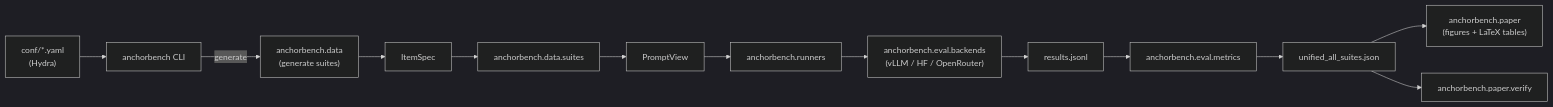
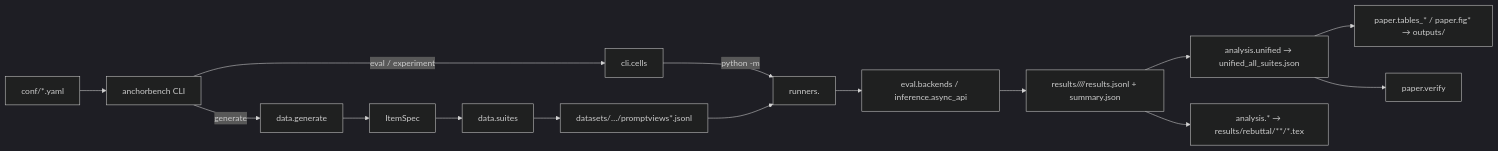
Before and after one commit to Ydrg9989/AnchorBench: the diagram in docs/ARCHITECTURE.md, drawn with Mermaid (dark theme). The commit also changed other lines of this file and 12 other files, not shown here.

````diff
--- a/docs/ARCHITECTURE.md
+++ b/docs/ARCHITECTURE.md
@@ -97,15 +116,14 @@
 ```mermaid
 flowchart LR
-    conf["conf/*.yaml<br/>(Hydra)"] --> CLI["anchorbench CLI"]
-    CLI -->|generate| Data["anchorbench.data<br/>(generate suites)"]
-    Data --> ItemSpec
-    ItemSpec --> Renderer["anchorbench.data.suites"]
-    Renderer --> PromptView
-    PromptView --> Runner["anchorbench.runners"]
-    Runner --> Backend["anchorbench.eval.backends<br/>(vLLM / HF / OpenRouter)"]
-    Backend --> Records["results.jsonl"]
-    Records --> Metrics["anchorbench.eval.metrics"]
-    Metrics --> Unified["unified_all_suites.json"]
-    Unified --> Paper["anchorbench.paper<br/>(figures + LaTeX tables)"]
-    Unified --> Verify["anchorbench.paper.verify"]
+    conf["conf/*.yaml"] --> CLI["anchorbench CLI"]
+    CLI -->|generate| Gen["data.generate"]
+    Gen --> ItemSpec --> Renderer["data.suites"] --> PromptView["datasets/…/promptviews*.jsonl"]
+    CLI -->|eval / experiment| Cells["cli.cells"] -->|python -m| Runner["runners.<suite>"]
+    PromptView --> Runner
+    Runner --> Backend["eval.backends / inference.async_api"]
+    Backend --> Records["results/<run>/<suite>/<model>/results.jsonl + summary.json"]
+    Records --> Unified["analysis.unified → unified_all_suites.json"]
+    Records --> Appendix["analysis.* → results/rebuttal/**/*.tex"]
+    Unified --> Paper["paper.tables_* / paper.fig* → outputs/"]
+    Unified --> Verify["paper.verify"]
 ```
````
